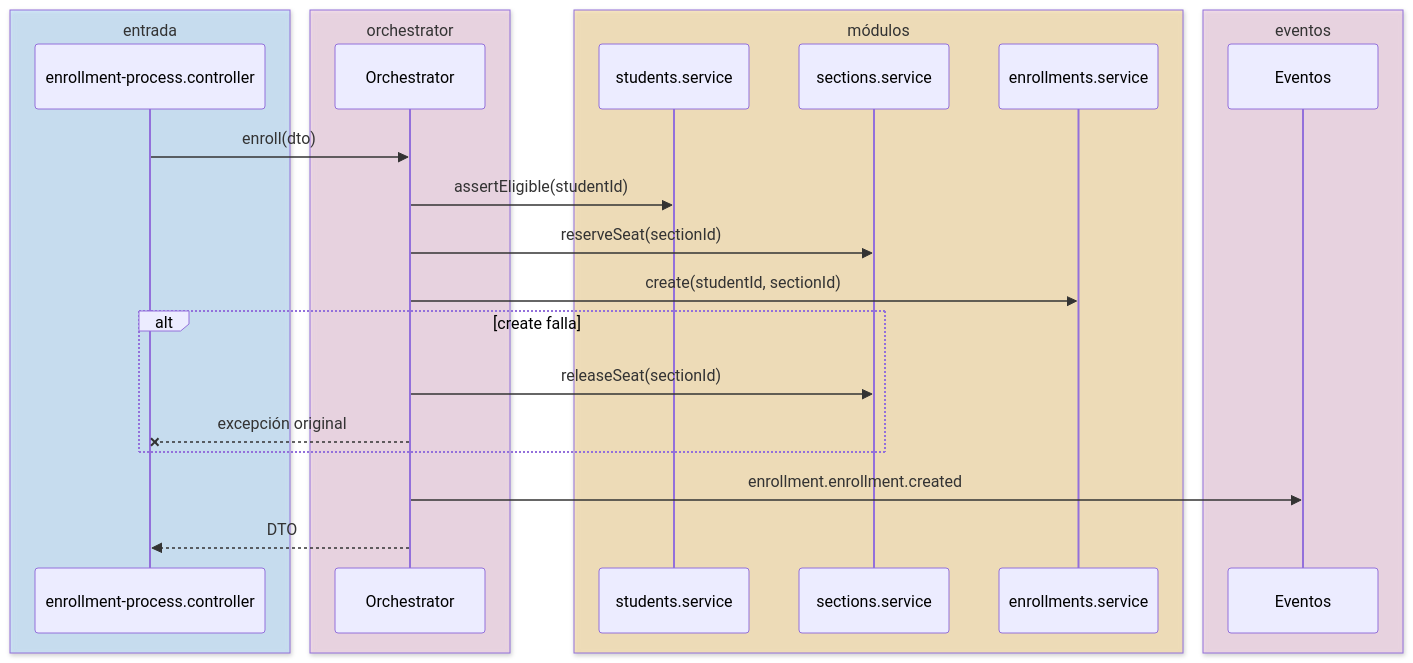
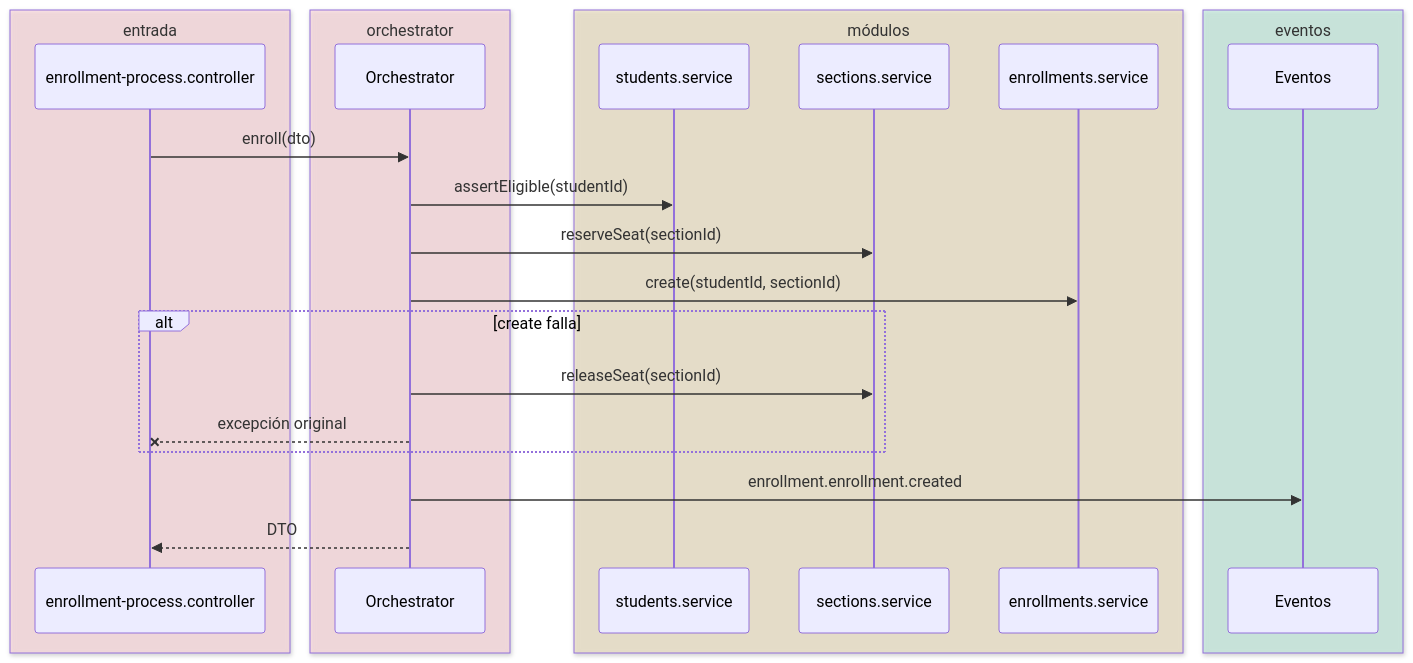
Diagram 13 of 15 in docs/architecture/modular-microservice.md (pcarroza91/nest-template), drawn with Mermaid before and after one commit. The commit also changed other lines of this file and 2 other files, not shown here.

First line of the commit message:
docs(architecture): colores por capa y componente en los diagramas Mermaid

````diff
--- a/docs/architecture/modular-microservice.md
+++ b/docs/architecture/modular-microservice.md
@@ -876,28 +904,28 @@
 ```mermaid
 sequenceDiagram
-    box rgba(188,225,255,0.6) entrada
+    box rgba(255,215,221,0.6) entrada
         participant C as enrollment-process.controller
     end
-    box rgba(244,208,230,0.6) orchestrator
+    box rgba(255,215,221,0.6) orchestrator
         participant O as Orchestrator
     end
-    box rgba(253,224,163,0.6) módulos
+    box rgba(239,226,192,0.6) módulos
         participant ST as students.service
         participant SE as sections.service
         participant EN as enrollments.service
     end
-    box rgba(244,208,230,0.6) eventos
+    box rgba(190,236,221,0.6) eventos
         participant EV as Eventos
     end
 
     C->>O: enroll(dto)
     O->>ST: assertEligible(studentId)
     O->>SE: reserveSeat(sectionId)
     O->>EN: create(studentId, sectionId)
     alt create falla
         O->>SE: releaseSeat(sectionId)
         O--xC: excepción original
     end
     O->>EV: enrollment.enrollment.created
     O-->>C: DTO
 ```
````
